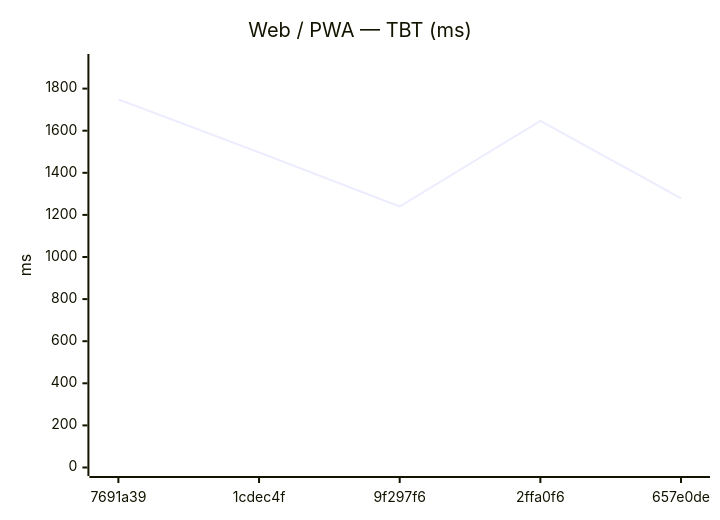
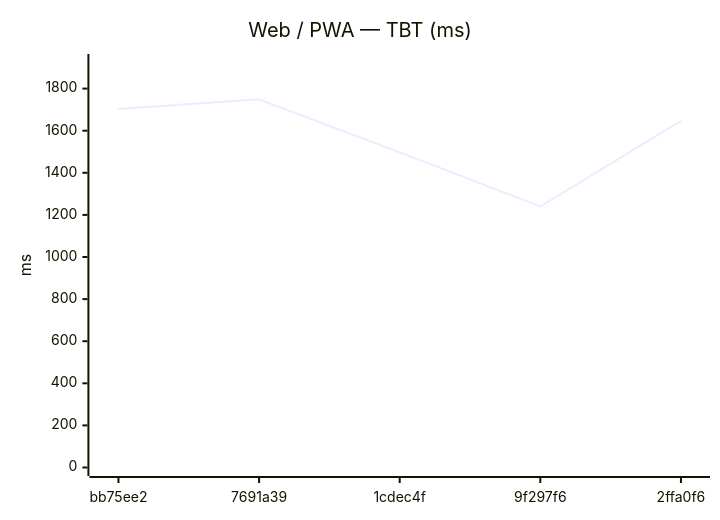
One commit to Metaheurist/Rianell changed the eighth of 18 diagrams in benchmarks/compare.md. Above: the diagram before and after it, drawn with Mermaid. The commit also changed other lines of this file and 11 other files, not shown here.

````diff
--- a/benchmarks/compare.md
+++ b/benchmarks/compare.md
@@ -124,7 +124,7 @@
 ```mermaid
 xychart-beta
     title "Web / PWA — TBT (ms)"
-    x-axis ["7691a39", "1cdec4f", "9f297f6", "2ffa0f6", "657e0de"]
+    x-axis ["bb75ee2", "7691a39", "1cdec4f", "9f297f6", "2ffa0f6"]
     y-axis "ms" 0 --> 1924
-    line [1749, 1497, 1240, 1647, 1279]
+    line [1703, 1749, 1497, 1240, 1647]
 ```
````
